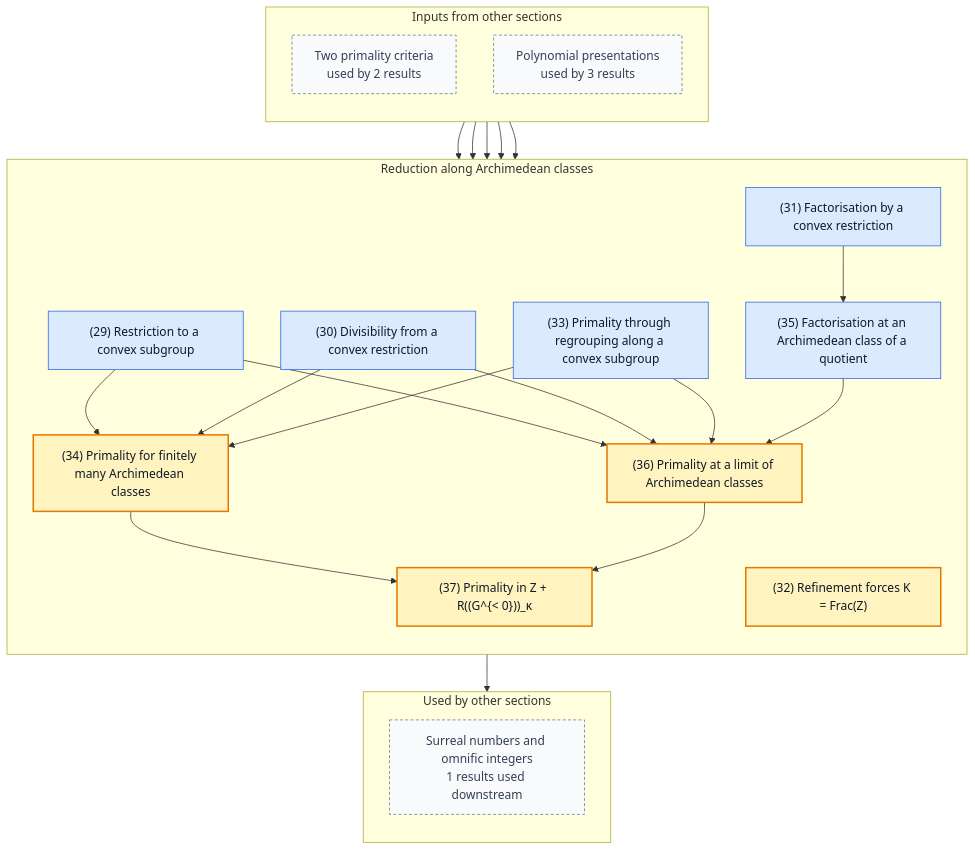
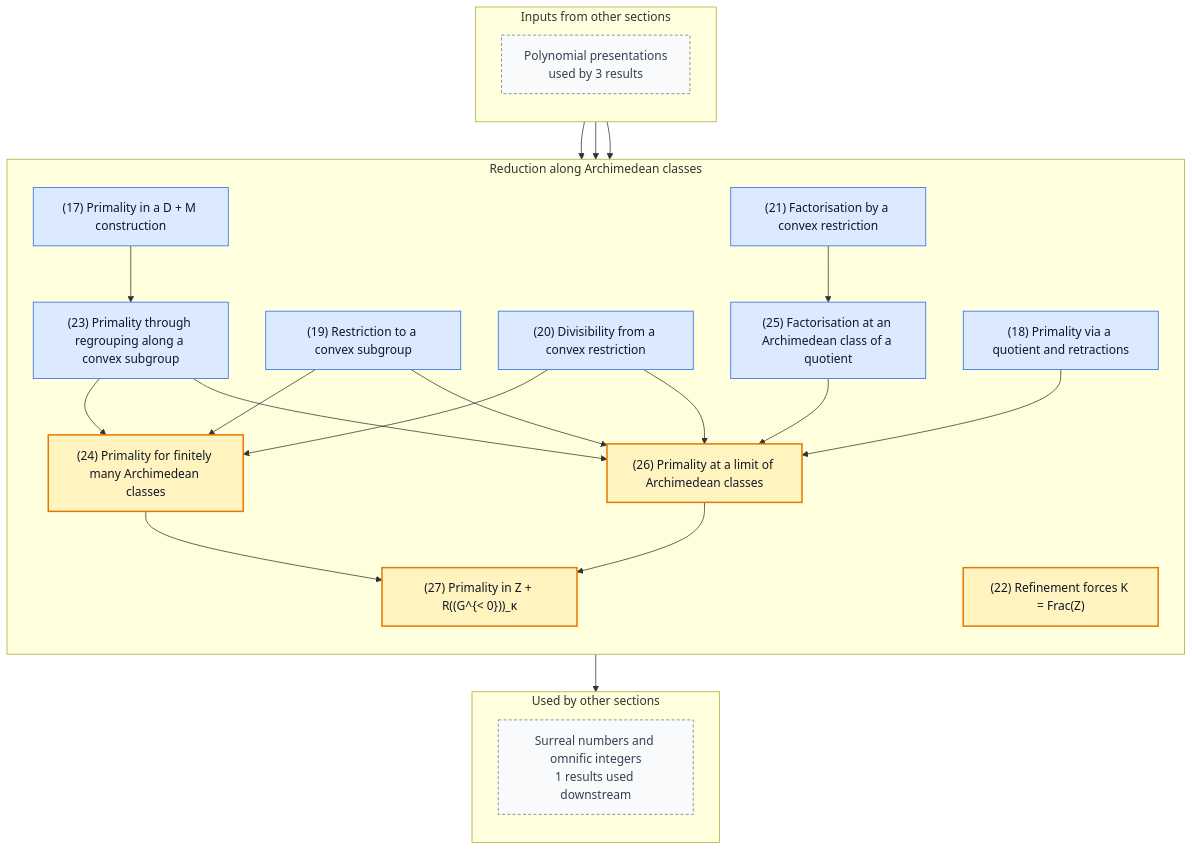
One commit to gaearon/conway-refinement changed the fourth of 5 diagrams in README.md. Above: the diagram before and after it, drawn with Mermaid. The commit also changed other lines of this file and 20 other files, not shown here.

First line of the commit message:
Present the transcendence argument for power series; move the primality criteria to the reduction

````diff
--- a/README.md
+++ b/README.md
@@ -384,61 +308,64 @@
 ```mermaid
 %% Generated by scripts/blueprint.sh; do not edit.
 %% Other sections are compressed to boundary nodes.
 %% Solid arrows are proof dependencies; dashed arrows are statement dependencies.
 flowchart TB
   subgraph inputs["Inputs from other sections"]
     direction TB
-    in0["Two primality criteria<br/>used by 2 results"]:::boundary
-    in1["Polynomial presentations<br/>used by 3 results"]:::boundary
+    in0["Polynomial presentations<br/>used by 3 results"]:::boundary
   end
   subgraph current["Reduction along Archimedean classes"]
     direction TB
-    n029["(29) Restriction to a convex subgroup"]:::lemma
-    n030["(30) Divisibility from a convex restriction"]:::lemma
-    n031["(31) Factorisation by a convex restriction"]:::lemma
-    n032["(32) Refinement forces K = Frac(Z)"]:::theorem
-    n033["(33) Primality through regrouping along a convex subgroup"]:::lemma
-    n034["(34) Primality for finitely many Archimedean classes"]:::theorem
-    n035["(35) Factorisation at an Archimedean class of a quotient"]:::lemma
-    n036["(36) Primality at a limit of Archimedean classes"]:::theorem
-    n037["(37) Primality in Z + R((G^{&lt; 0}))_κ"]:::theorem
+    n017["(17) Primality in a D + M construction"]:::lemma
+    n018["(18) Primality via a quotient and retractions"]:::lemma
+    n019["(19) Restriction to a convex subgroup"]:::lemma
+    n020["(20) Divisibility from a convex restriction"]:::lemma
+    n021["(21) Factorisation by a convex restriction"]:::lemma
+    n022["(22) Refinement forces K = Frac(Z)"]:::theorem
+    n023["(23) Primality through regrouping along a convex subgroup"]:::lemma
+    n024["(24) Primality for finitely many Archimedean classes"]:::theorem
+    n025["(25) Factorisation at an Archimedean class of a quotient"]:::lemma
+    n026["(26) Primality at a limit of Archimedean classes"]:::theorem
+    n027["(27) Primality in Z + R((G^{&lt; 0}))_κ"]:::theorem
   end
   subgraph outputs["Used by other sections"]
     direction TB
     out0["Surreal numbers and omnific integers<br/>1 results used downstream"]:::boundary
   end
 
-  n029 --> n034
-  n030 --> n034
-  n033 --> n034
-  n031 --> n035
-  n029 --> n036
-  n030 --> n036
-  n033 --> n036
-  n035 --> n036
-  n034 --> n037
-  n036 --> n037
-  in1 --> n032
-  in0 --> n033
-  in1 --> n034
-  in0 --> n036
-  in1 --> n036
-  n037 --> out0
-  click n029 "https://gaearon.github.io/conway-refinement/#/result/convex-restriction-ring-hom" "Open the statement for lemma 29"
-  click n030 "https://gaearon.github.io/conway-refinement/#/result/divisibility-from-convex-restriction" "Open the statement for lemma 30"
-  click n031 "https://gaearon.github.io/conway-refinement/#/result/factorisation-by-convex-restriction" "Open the statement for lemma 31"
-  click n032 "https://gaearon.github.io/conway-refinement/#/result/refinement-forces-coefficient-fraction-field" "Open the statement for theorem 32"
-  click n033 "https://gaearon.github.io/conway-refinement/#/result/primality-through-regrouping" "Open the statement for lemma 33"
-  click n034 "https://gaearon.github.io/conway-refinement/#/result/finite-support-classes-primality" "Open the statement for theorem 34"
-  click n035 "https://gaearon.github.io/conway-refinement/#/result/support-class-factorisation" "Open the statement for lemma 35"
-  click n036 "https://gaearon.github.io/conway-refinement/#/result/limit-tail-step" "Open the statement for theorem 36"
-  click n037 "https://gaearon.github.io/conway-refinement/#/result/hahn-integer-part-primality" "Open the statement for theorem 37"
+  n017 --> n023
+  n019 --> n024
+  n020 --> n024
+  n023 --> n024
+  n021 --> n025
+  n018 --> n026
+  n019 --> n026
+  n020 --> n026
+  n023 --> n026
+  n025 --> n026
+  n024 --> n027
+  n026 --> n027
+  in0 --> n022
+  in0 --> n024
+  in0 --> n026
+  n027 --> out0
+  click n017 "https://gaearon.github.io/conway-refinement/#/result/primality-in-d-plus-m" "Open the statement for lemma 17"
+  click n018 "https://gaearon.github.io/conway-refinement/#/result/primality-from-germs-and-restrictions" "Open the statement for lemma 18"
+  click n019 "https://gaearon.github.io/conway-refinement/#/result/convex-restriction-ring-hom" "Open the statement for lemma 19"
+  click n020 "https://gaearon.github.io/conway-refinement/#/result/divisibility-from-convex-restriction" "Open the statement for lemma 20"
+  click n021 "https://gaearon.github.io/conway-refinement/#/result/factorisation-by-convex-restriction" "Open the statement for lemma 21"
+  click n022 "https://gaearon.github.io/conway-refinement/#/result/refinement-forces-coefficient-fraction-field" "Open the statement for theorem 22"
+  click n023 "https://gaearon.github.io/conway-refinement/#/result/primality-through-regrouping" "Open the statement for lemma 23"
+  click n024 "https://gaearon.github.io/conway-refinement/#/result/finite-support-classes-primality" "Open the statement for theorem 24"
+  click n025 "https://gaearon.github.io/conway-refinement/#/result/support-class-factorisation" "Open the statement for lemma 25"
+  click n026 "https://gaearon.github.io/conway-refinement/#/result/limit-tail-step" "Open the statement for theorem 26"
+  click n027 "https://gaearon.github.io/conway-refinement/#/result/hahn-integer-part-primality" "Open the statement for theorem 27"
 
   classDef theorem fill:#fff3bf,stroke:#e67700,stroke-width:2px,color:#111827
   classDef definition fill:#f3f4f6,stroke:#4b5563,color:#111827
   classDef lemma fill:#dbeafe,stroke:#2563eb,color:#111827
   classDef proposition fill:#ede9fe,stroke:#7c3aed,color:#111827
   classDef corollary fill:#dcfce7,stroke:#16a34a,color:#111827
   classDef fact fill:#fce7f3,stroke:#db2777,color:#111827
   classDef boundary fill:#f8fafc,stroke:#64748b,stroke-dasharray:4 3,color:#334155
 ```
````
